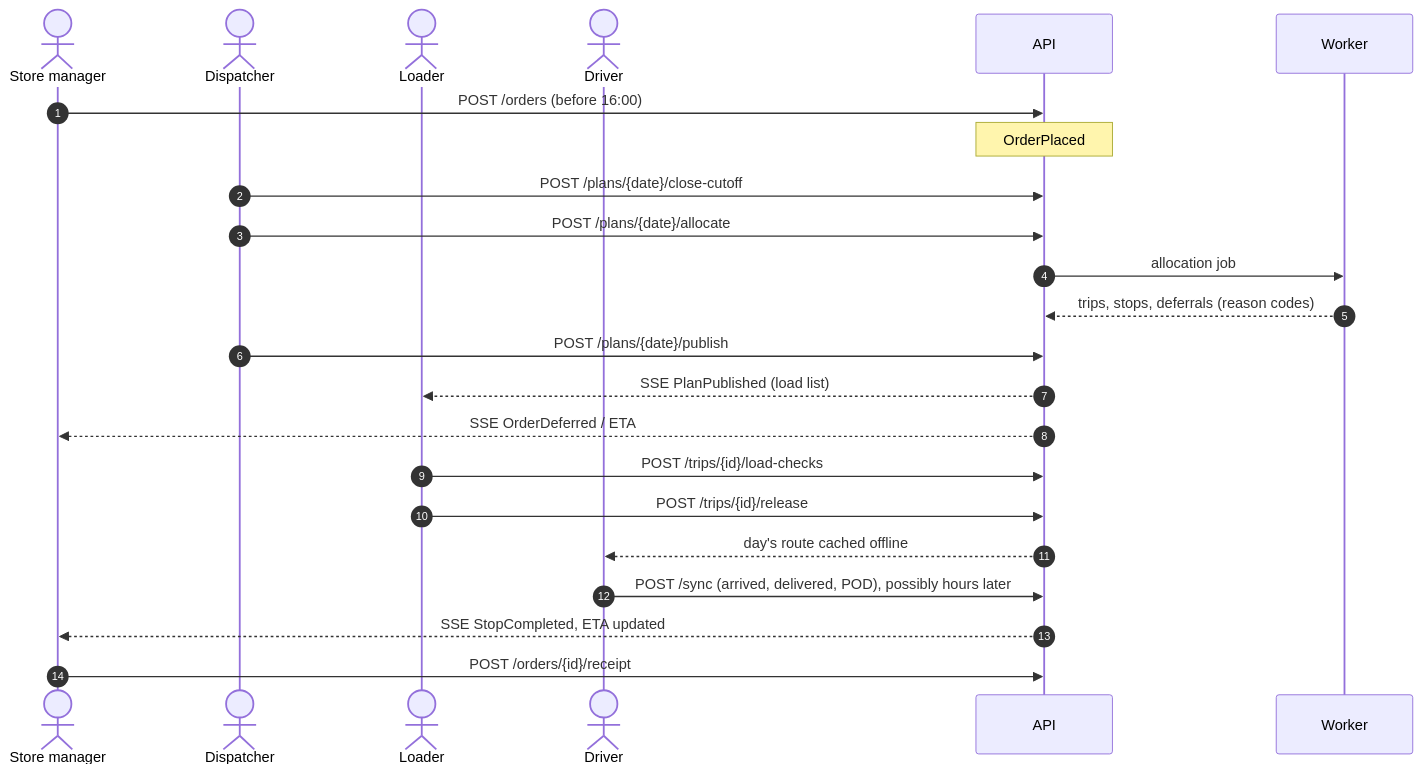
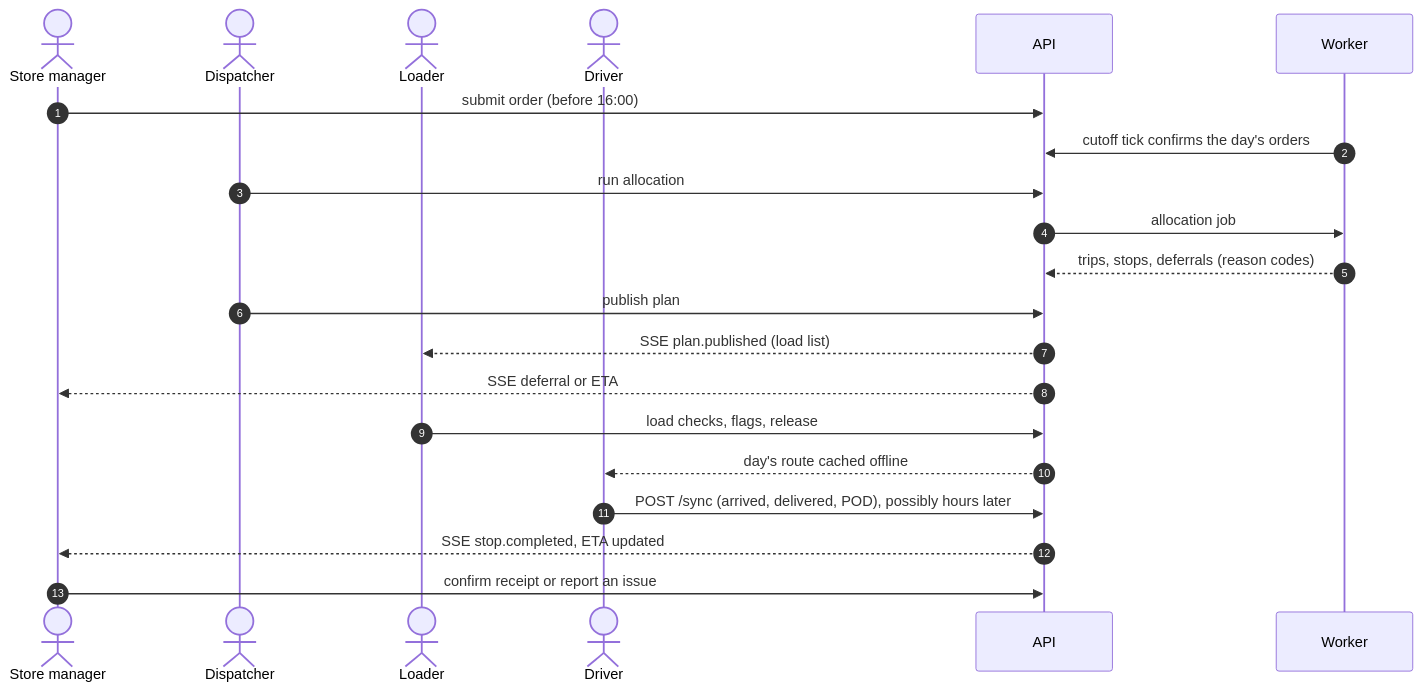
One commit to tiharagrrr/root4us_WaypointCompass changed the fourth of 4 diagrams in docs/architecture.md. Above: the diagram before and after it, drawn with Mermaid. The commit also changed other lines of this file and 7 other files, not shown here.

First line of the commit message:
docs(repo): architecture, decisions and tool disclosure for submission

````diff
--- a/docs/architecture.md
+++ b/docs/architecture.md
@@ -64,26 +145,24 @@
 ```mermaid
 sequenceDiagram
   autonumber
   actor SM as Store manager
   actor D as Dispatcher
   actor L as Loader
   actor DR as Driver
   participant API
   participant W as Worker
 
-  SM->>API: POST /orders (before 16:00)
-  Note over API: OrderPlaced
-  D->>API: POST /plans/{date}/close-cutoff
-  D->>API: POST /plans/{date}/allocate
+  SM->>API: submit order (before 16:00)
+  W->>API: cutoff tick confirms the day's orders
+  D->>API: run allocation
   API->>W: allocation job
   W-->>API: trips, stops, deferrals (reason codes)
-  D->>API: POST /plans/{date}/publish
-  API-->>L: SSE PlanPublished (load list)
-  API-->>SM: SSE OrderDeferred / ETA
-  L->>API: POST /trips/{id}/load-checks
-  L->>API: POST /trips/{id}/release
+  D->>API: publish plan
+  API-->>L: SSE plan.published (load list)
+  API-->>SM: SSE deferral or ETA
+  L->>API: load checks, flags, release
   API-->>DR: day's route cached offline
   DR->>API: POST /sync (arrived, delivered, POD), possibly hours later
-  API-->>SM: SSE StopCompleted, ETA updated
-  SM->>API: POST /orders/{id}/receipt
+  API-->>SM: SSE stop.completed, ETA updated
+  SM->>API: confirm receipt or report an issue
 ```
````
